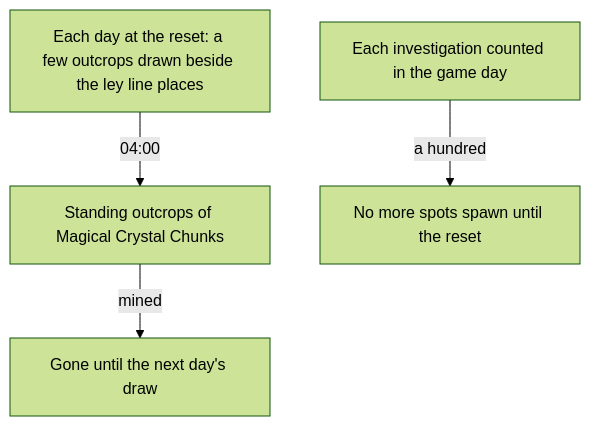
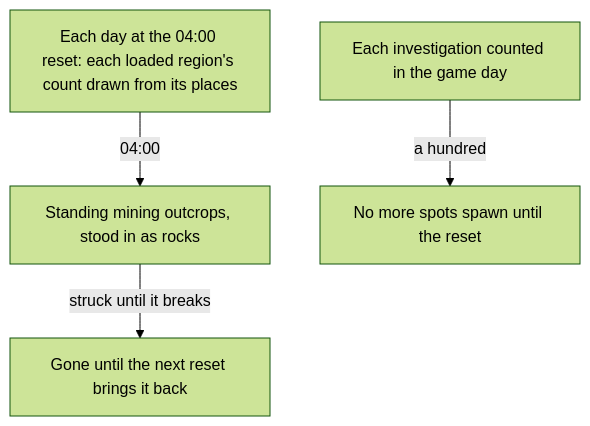
The diagram in openspec/changes/genshin-gathering/design.md (Esposter/Esposter), drawn with Mermaid (forest theme) before and after one commit. The commit also changed other lines of this file and 15 other files, not shown here.

First line of the commit message:
feat(genshin-world): mining outcrops are drawn daily at each region's places and break as ores

````diff
--- a/openspec/changes/genshin-gathering/design.md
+++ b/openspec/changes/genshin-gathering/design.md
@@ -12,6 +16,6 @@
 ```mermaid
 flowchart TD
-  D["Each day at the reset: a few outcrops drawn beside the ley line places"] -->|"04:00"| O["Standing outcrops of Magical Crystal Chunks"]
-  O -->|"mined"| G["Gone until the next day's draw"]
+  D["Each day at the 04:00 reset: each loaded region's count drawn from its places"] -->|"04:00"| O["Standing mining outcrops, stood in as rocks"]
+  O -->|"struck until it breaks"| G["Gone until the next reset brings it back"]
   I["Each investigation counted in the game day"] -->|"a hundred"| N["No more spots spawn until the reset"]
 ```
````
